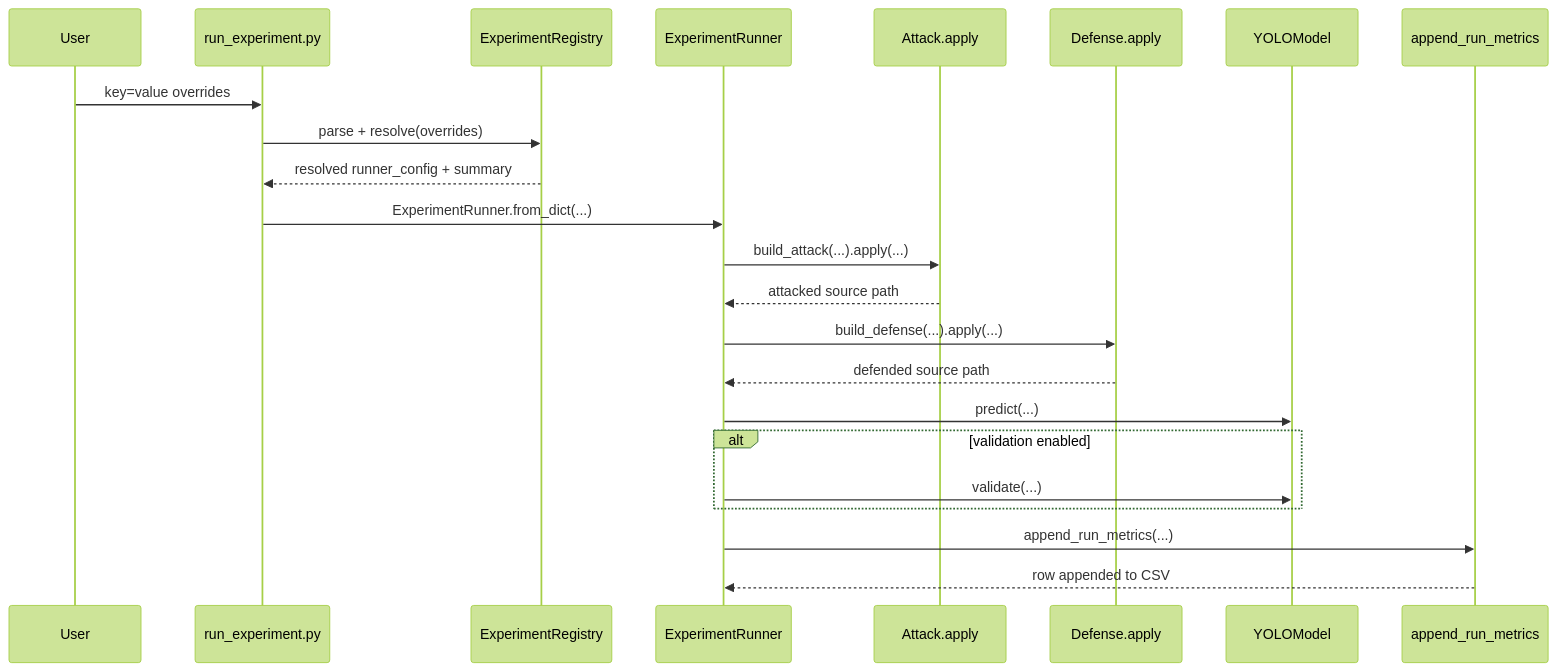
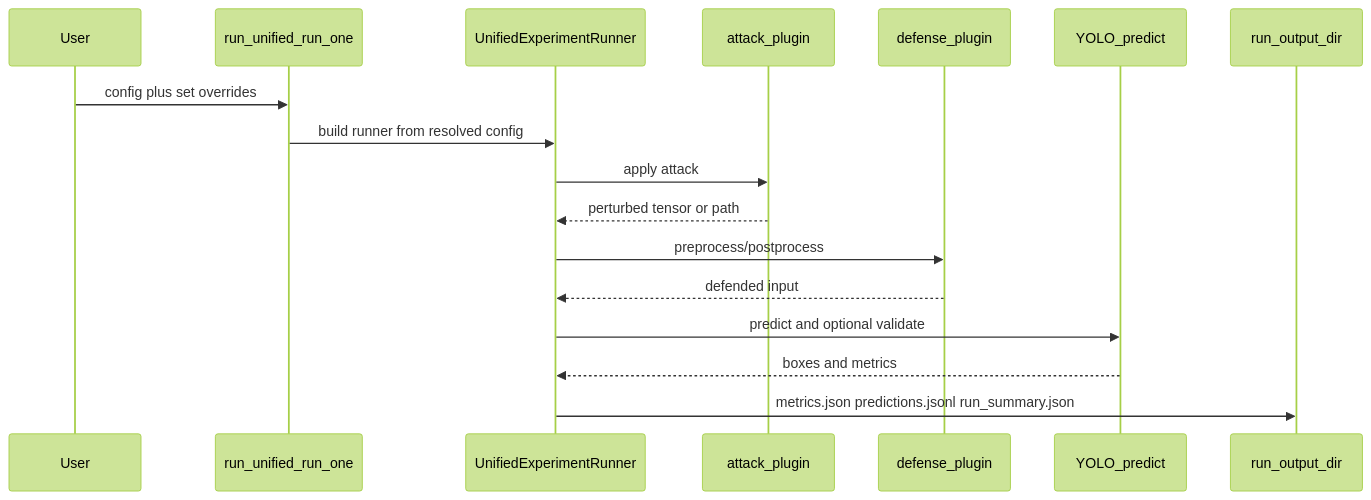
Before and after one commit to Cmaddock99/YOLO-Bad-Triangle: the second of 2 diagrams in docs/experiments.md, drawn with Mermaid (forest theme). The commit also changed other lines of this file and 3 other files, not shown here.

````diff
--- a/docs/experiments.md
+++ b/docs/experiments.md
@@ -67,26 +67,20 @@
 ```mermaid
 sequenceDiagram
   participant User
-  participant CLI as run_experiment.py
-  participant Registry as ExperimentRegistry
-  participant Runner as ExperimentRunner
-  participant Attack as Attack.apply
-  participant Defense as Defense.apply
-  participant YOLO as YOLOModel
-  participant Metrics as append_run_metrics
+  participant CLI as run_unified_run_one
+  participant Runner as UnifiedExperimentRunner
+  participant Attack as attack_plugin
+  participant Defense as defense_plugin
+  participant YOLO as YOLO_predict
+  participant Disk as run_output_dir
 
-  User->>CLI: key=value overrides
-  CLI->>Registry: parse + resolve(overrides)
-  Registry-->>CLI: resolved runner_config + summary
-  CLI->>Runner: ExperimentRunner.from_dict(...)
-  Runner->>Attack: build_attack(...).apply(...)
-  Attack-->>Runner: attacked source path
-  Runner->>Defense: build_defense(...).apply(...)
-  Defense-->>Runner: defended source path
-  Runner->>YOLO: predict(...)
-  alt validation enabled
-    Runner->>YOLO: validate(...)
-  end
-  Runner->>Metrics: append_run_metrics(...)
-  Metrics-->>Runner: row appended to CSV
+  User->>CLI: config plus set overrides
+  CLI->>Runner: build runner from resolved config
+  Runner->>Attack: apply attack
+  Attack-->>Runner: perturbed tensor or path
+  Runner->>Defense: preprocess/postprocess
+  Defense-->>Runner: defended input
+  Runner->>YOLO: predict and optional validate
+  YOLO-->>Runner: boxes and metrics
+  Runner->>Disk: metrics.json predictions.jsonl run_summary.json
 ```
````
